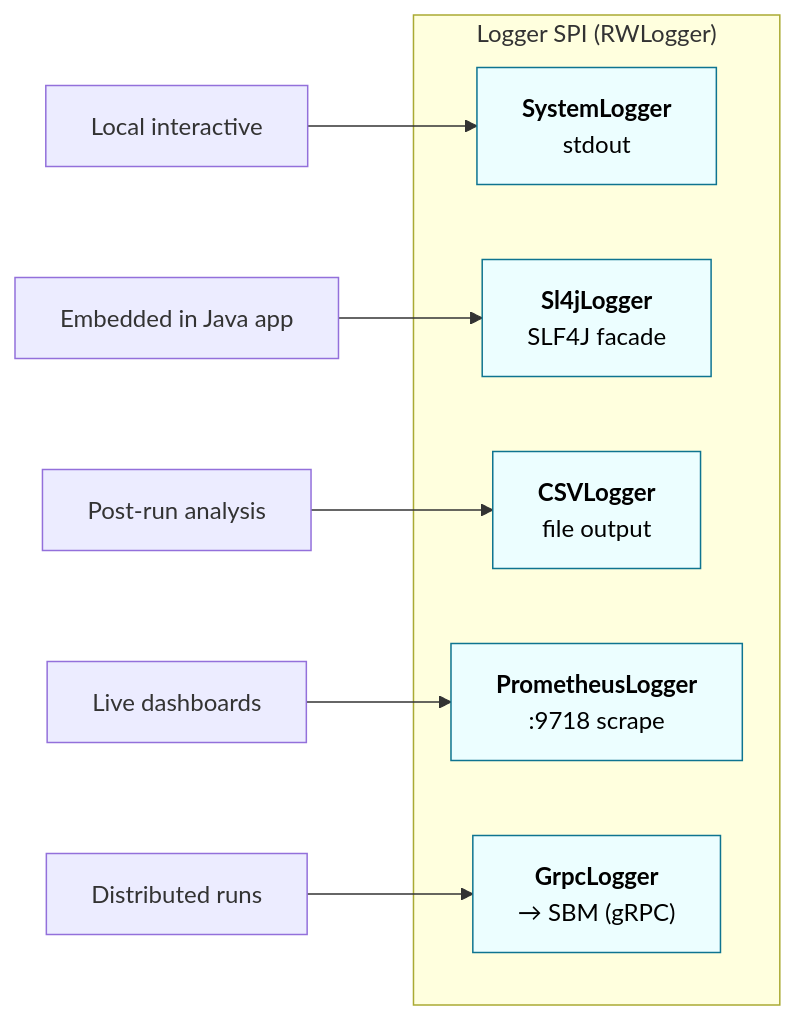
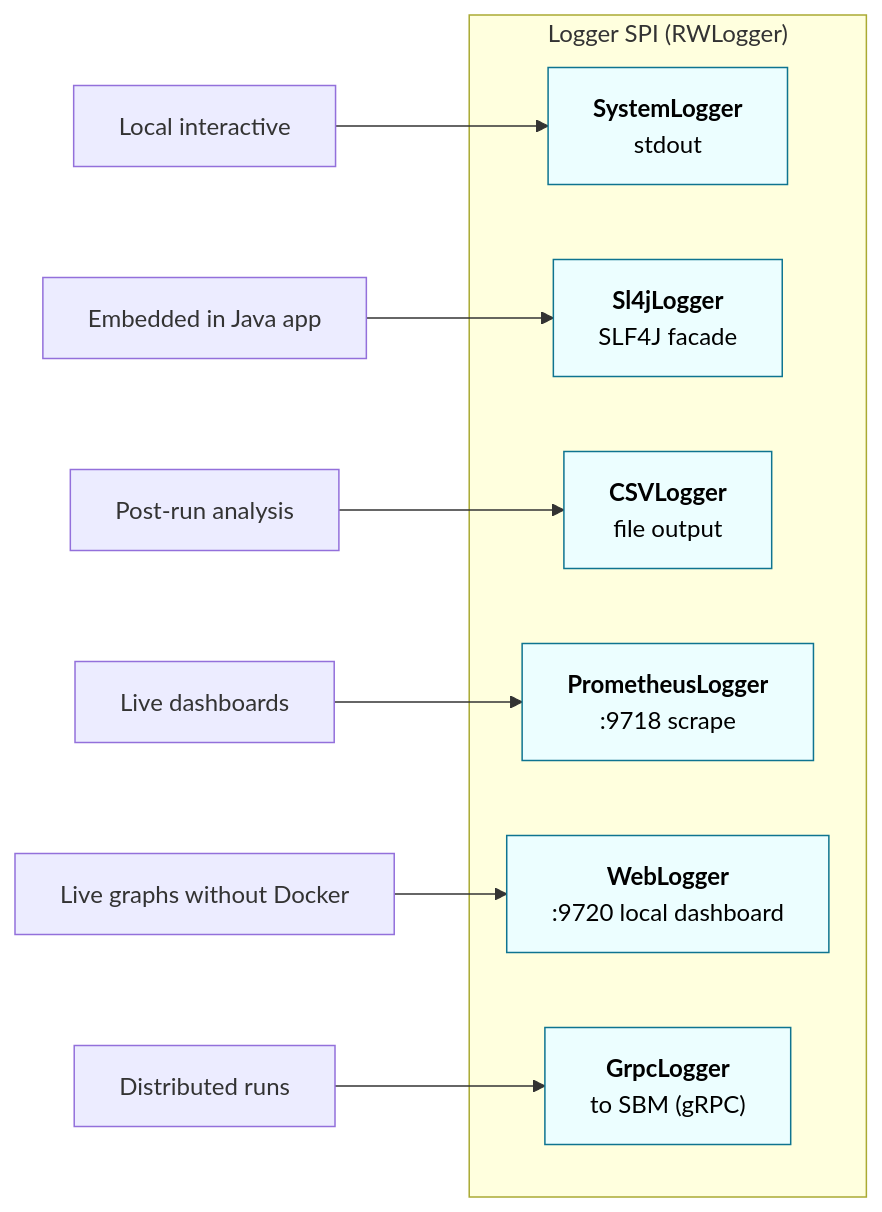
One commit to kmgowda/SBK changed diagram 29 of 38 in docs/sbk-internals.md. Above: the diagram before and after it, drawn with Mermaid. The commit also changed other lines of this file and 13 other files, not shown here.

Commit message:
Improve WebLogger lifecycle and documentation

````diff
--- a/docs/sbk-internals.md
+++ b/docs/sbk-internals.md
@@ -2242,18 +2243,20 @@
 ```mermaid
 flowchart LR
     subgraph LOGGERS["Logger SPI (RWLogger)"]
         SYS["<b>SystemLogger</b><br/>stdout"]
         SLF["<b>Sl4jLogger</b><br/>SLF4J facade"]
         CSV["<b>CSVLogger</b><br/>file output"]
         PRM["<b>PrometheusLogger</b><br/>:9718 scrape"]
-        GRP["<b>GrpcLogger</b><br/>→ SBM (gRPC)"]
+        WEB["<b>WebLogger</b><br/>:9720 local dashboard"]
+        GRP["<b>GrpcLogger</b><br/>to SBM (gRPC)"]
     end
     USE1["Local interactive"] --> SYS
     USE2["Embedded in Java app"] --> SLF
     USE3["Post-run analysis"] --> CSV
     USE4["Live dashboards"] --> PRM
-    USE5["Distributed runs"] --> GRP
+    USE5["Live graphs without Docker"] --> WEB
+    USE6["Distributed runs"] --> GRP
 
     classDef opt fill:#ecfeff,stroke:#0e7490,color:#000
-    class SYS,SLF,CSV,PRM,GRP opt
+    class SYS,SLF,CSV,PRM,WEB,GRP opt
 ```
````
